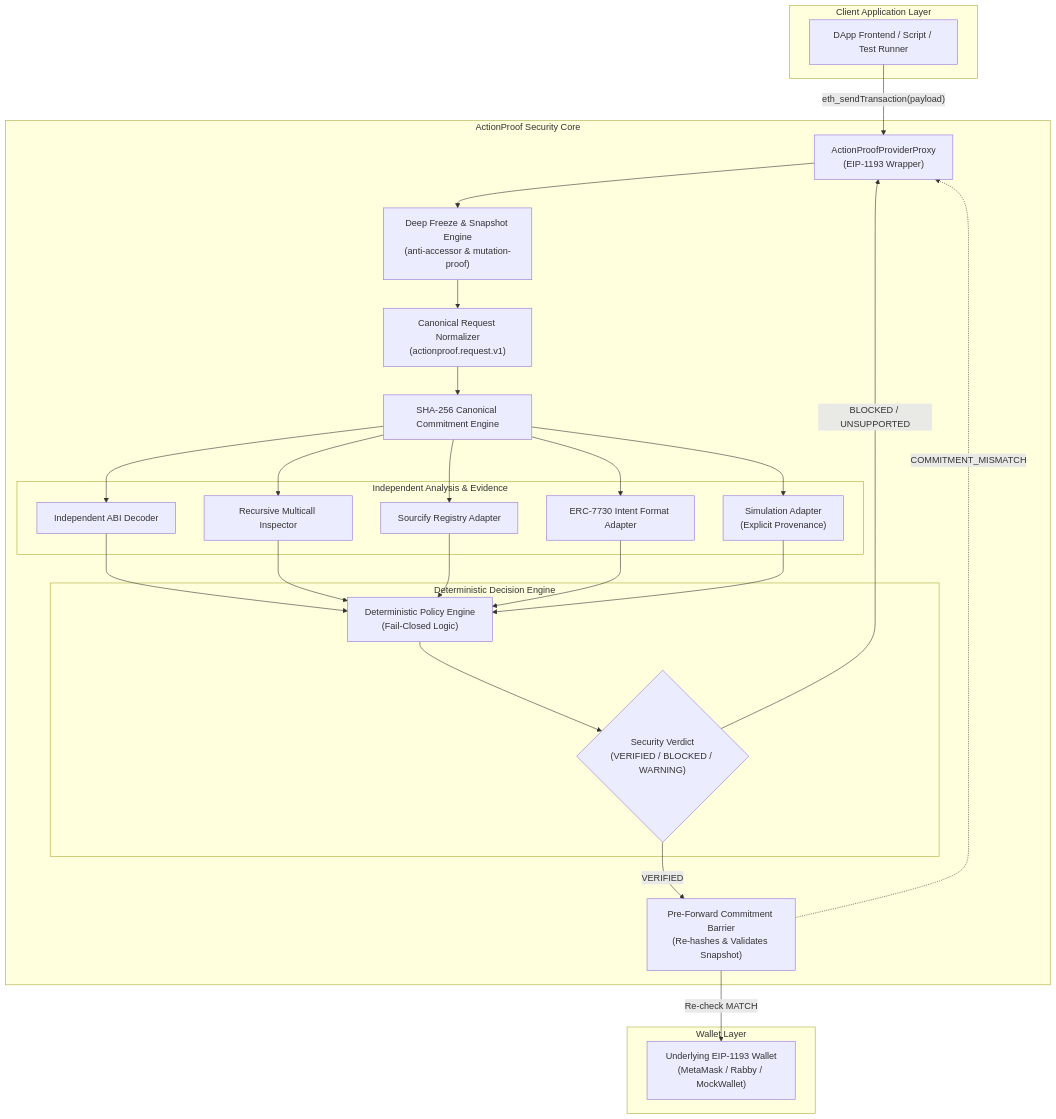
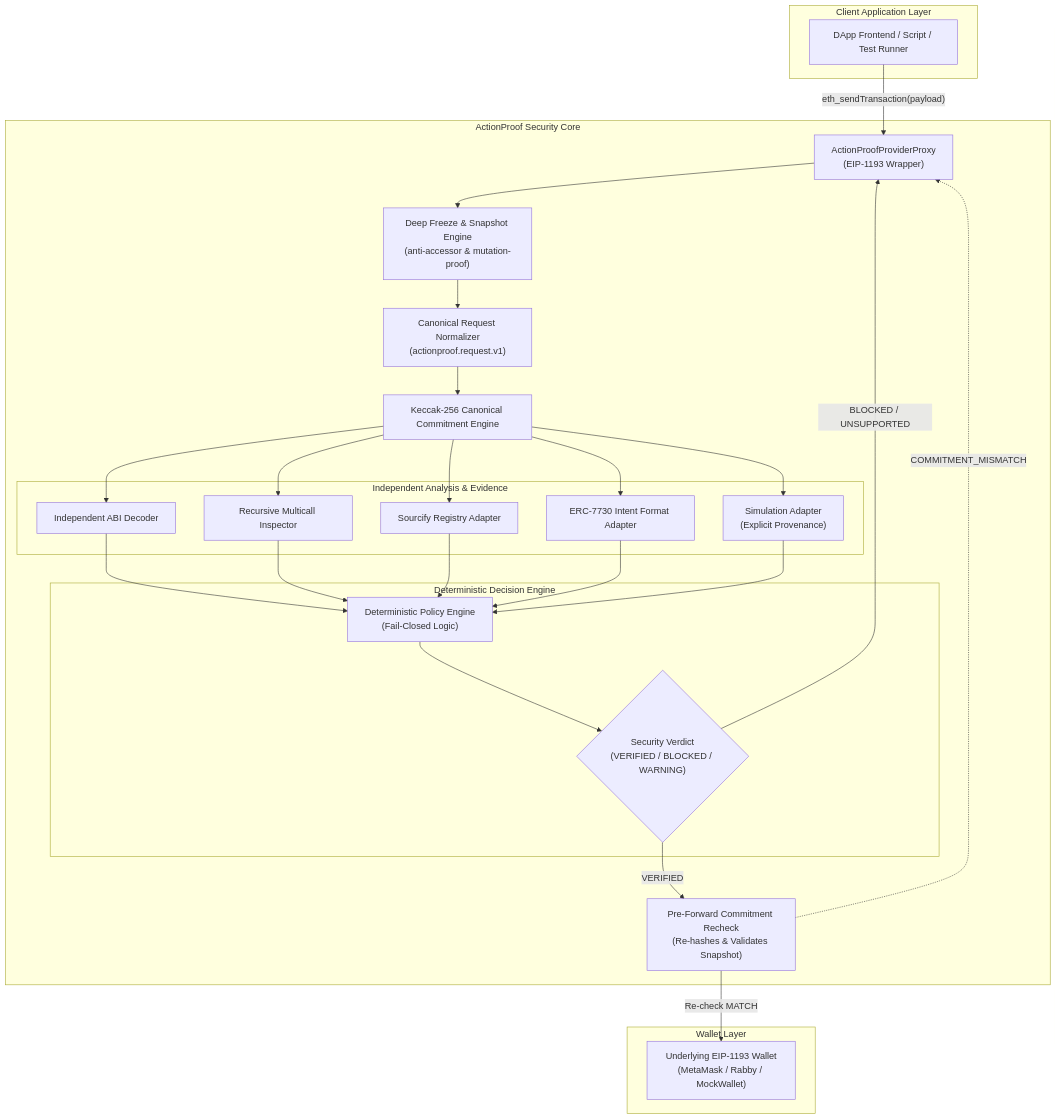
One commit to Abhi010903/ActionProofETR changed the diagram in docs/03-ARCHITECTURE.md. Above: the diagram before and after it, drawn with Mermaid. The commit also changed other lines of this file and 10 other files, not shown here.

````diff
--- a/docs/03-ARCHITECTURE.md
+++ b/docs/03-ARCHITECTURE.md
@@ -5,45 +5,45 @@
 ```mermaid
 flowchart TD
     subgraph Client Application Layer
         DApp["DApp Frontend / Script / Test Runner"]
     end
 
     subgraph ActionProof Security Core
         Proxy["ActionProofProviderProxy<br/>(EIP-1193 Wrapper)"]
         Snapshot["Deep Freeze & Snapshot Engine<br/>(anti-accessor & mutation-proof)"]
         Canonicalizer["Canonical Request Normalizer<br/>(actionproof.request.v1)"]
-        Commitment["SHA-256 Canonical Commitment Engine"]
+        Commitment["Keccak-256 Canonical Commitment Engine"]
         
         subgraph Independent Analysis & Evidence
             ABIDecoder["Independent ABI Decoder"]
             Multicall["Recursive Multicall Inspector"]
             Sourcify["Sourcify Registry Adapter"]
             ERC7730["ERC-7730 Intent Format Adapter"]
             Simulation["Simulation Adapter<br/>(Explicit Provenance)"]
         end
 
         subgraph Deterministic Decision Engine
             Policy["Deterministic Policy Engine<br/>(Fail-Closed Logic)"]
             Verdict{"Security Verdict<br/>(VERIFIED / BLOCKED / WARNING)"}
         end
 
-        Barrier["Pre-Forward Commitment Barrier<br/>(Re-hashes & Validates Snapshot)"]
+        Barrier["Pre-Forward Commitment Recheck<br/>(Re-hashes & Validates Snapshot)"]
     end
 
     subgraph Wallet Layer
         Wallet["Underlying EIP-1193 Wallet<br/>(MetaMask / Rabby / MockWallet)"]
     end
 
     DApp -->|"eth_sendTransaction(payload)"| Proxy
     Proxy --> Snapshot
     Snapshot --> Canonicalizer
     Canonicalizer --> Commitment
     Commitment --> ABIDecoder & Multicall & Sourcify & ERC7730 & Simulation
     ABIDecoder & Multicall & Sourcify & ERC7730 & Simulation --> Policy
     Policy --> Verdict
 
     Verdict -->|"VERIFIED"| Barrier
     Verdict -->|"BLOCKED / UNSUPPORTED"| Proxy
     Barrier -->|"Re-check MATCH"| Wallet
     Barrier -.->|"COMMITMENT_MISMATCH"| Proxy
 ```
````
